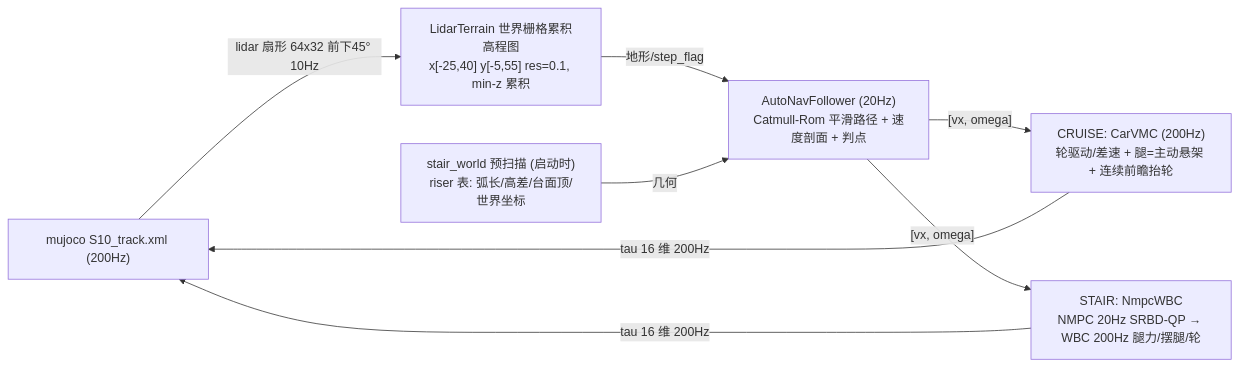
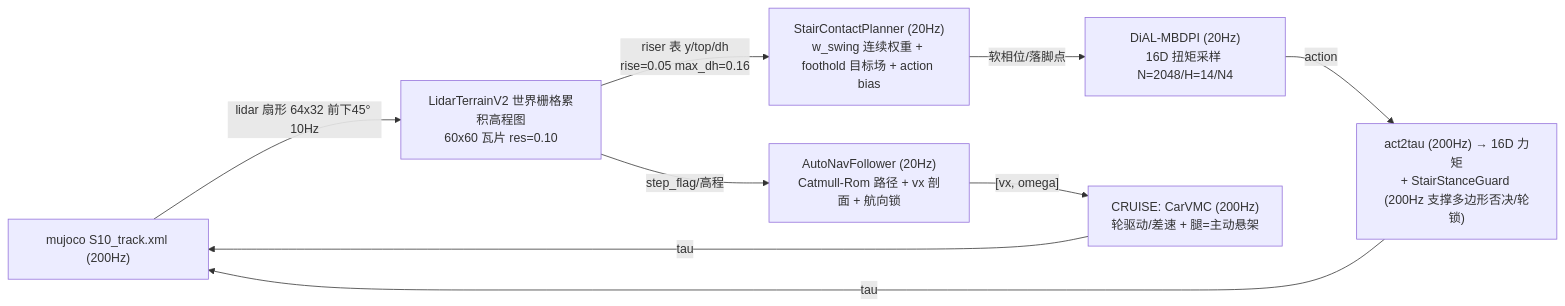
One commit to wangfanxin/deeprobot_competition changed the diagram in doc/方案总纲_MASTER.md. Above: the diagram before and after it, drawn with Mermaid. The commit also changed other lines of this file and 8 other files, not shown here.

````diff
--- a/doc/方案总纲_MASTER.md
+++ b/doc/方案总纲_MASTER.md
@@ -44,10 +53,11 @@
 ```mermaid
 graph LR
-    S["mujoco S10_track.xml (200Hz)"] -->|"lidar 扇形 64x32 前下45° 10Hz"| L["LidarTerrain 世界栅格累积高程图<br/>x[-25,40] y[-5,55] res=0.1, min-z 累积"]
-    L -->|"地形/step_flag"| N["AutoNavFollower (20Hz)<br/>Catmull-Rom 平滑路径 + 速度剖面 + 判点"]
-    PW["stair_world 预扫描 (启动时)<br/>riser 表: 弧长/高差/台面顶/世界坐标"] -->|"几何"| N
-    N -->|"[vx, omega]"| C["CRUISE: CarVMC (200Hz)<br/>轮驱动/差速 + 腿=主动悬架 + 连续前瞻抬轮"]
-    N -->|"[vx, omega]"| W["STAIR: NmpcWBC<br/>NMPC 20Hz SRBD-QP → WBC 200Hz 腿力/摆腿/轮"]
-    C -->|"tau 16 维 200Hz"| S
-    W -->|"tau 16 维 200Hz"| S
+    S["mujoco S10_track.xml (200Hz)"] -->|"lidar 扇形 64x32 前下45° 10Hz"| L["LidarTerrainV2 世界栅格累积高程图<br/>60x60 瓦片 res=0.10"]
+    L -->|"riser 表 y/top/dh<br/>rise=0.05 max_dh=0.16"| P["StairContactPlanner (20Hz)<br/>w_swing 连续权重 + foothold 目标场 + action bias"]
+    L -->|"step_flag/高程"| N["AutoNavFollower (20Hz)<br/>Catmull-Rom 路径 + vx 剖面 + 航向锁"]
+    P -->|"软相位/落脚点"| D["DiAL-MBDPI (20Hz)<br/>16D 扭矩采样 N=2048/H=14/N4"]
+    N -->|"[vx, omega]"| C["CRUISE: CarVMC (200Hz)<br/>轮驱动/差速 + 腿=主动悬架"]
+    D -->|"action"| T["act2tau (200Hz) → 16D 力矩<br/>+ StairStanceGuard (200Hz 支撑多边形否决/轮锁)"]
+    C -->|"tau"| S
+    T -->|"tau"| S
 ```
````
